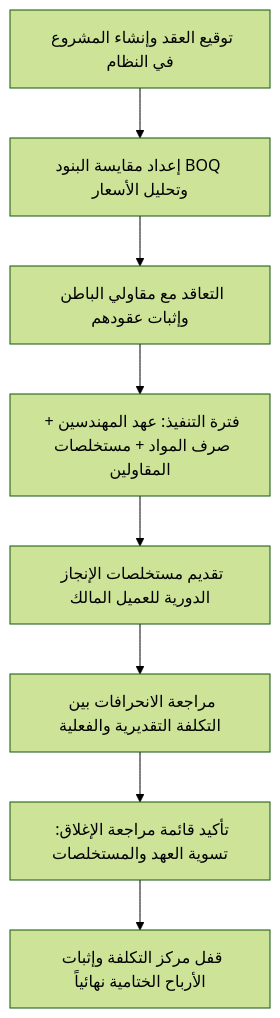
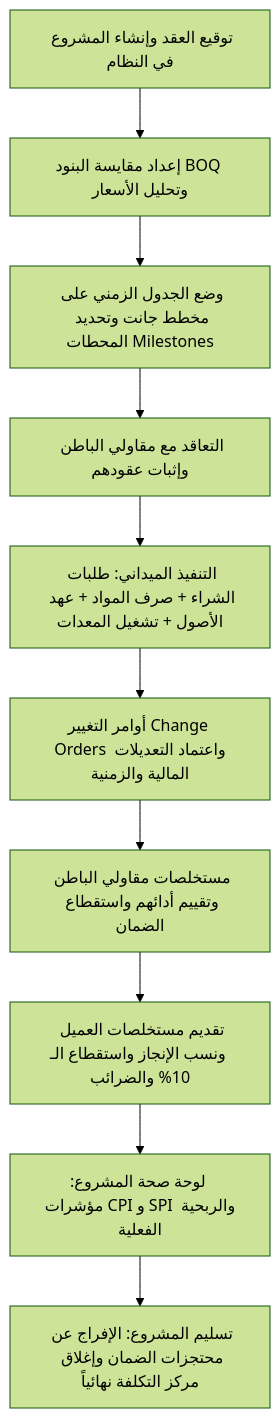
One commit to mahmodelrakhawey-svg/TriPro-ERP changed the diagram in construction_guide.md. Above: the diagram before and after it, drawn with Mermaid (forest theme). The commit also changed other lines of this file and 24 other files, not shown here.

````diff
--- a/construction_guide.md
+++ b/construction_guide.md
@@ -76,10 +136,12 @@
 ```mermaid
 graph TD
     A[توقيع العقد وإنشاء المشروع في النظام] --> B[إعداد مقايسة البنود BOQ وتحليل الأسعار]
-    B --> C[التعاقد مع مقاولي الباطن وإثبات عقودهم]
-    C --> D[فترة التنفيذ: عهد المهندسين + صرف المواد + مستخلصات المقاولين]
-    D --> E[تقديم مستخلصات الإنجاز الدورية للعميل المالك]
-    E --> F[مراجعة الانحرافات بين التكلفة التقديرية والفعلية]
-    F --> G[تأكيد قائمة مراجعة الإغلاق: تسوية العهد والمستخلصات]
-    G --> H[قفل مركز التكلفة وإثبات الأرباح الختامية نهائياً]
+    B --> C[وضع الجدول الزمني على مخطط جانت وتحديد المحطات Milestones]
+    C --> D[التعاقد مع مقاولي الباطن وإثبات عقودهم]
+    D --> E[التنفيذ الميداني: طلبات الشراء + صرف المواد + عهد الأصول + تشغيل المعدات]
+    E --> F[أوامر التغيير Change Orders واعتماد التعديلات المالية والزمنية]
+    F --> G[مستخلصات مقاولي الباطن وتقييم أدائهم واستقطاع الضمان]
+    G --> H[تقديم مستخلصات العميل ونسب الإنجاز واستقطاع الـ 10% والضرائب]
+    H --> I[لوحة صحة المشروع: مؤشرات CPI و SPI والربحية الفعلية]
+    I --> J[تسليم المشروع: الإفراج عن محتجزات الضمان وإغلاق مركز التكلفة نهائياً]
 ```
````
